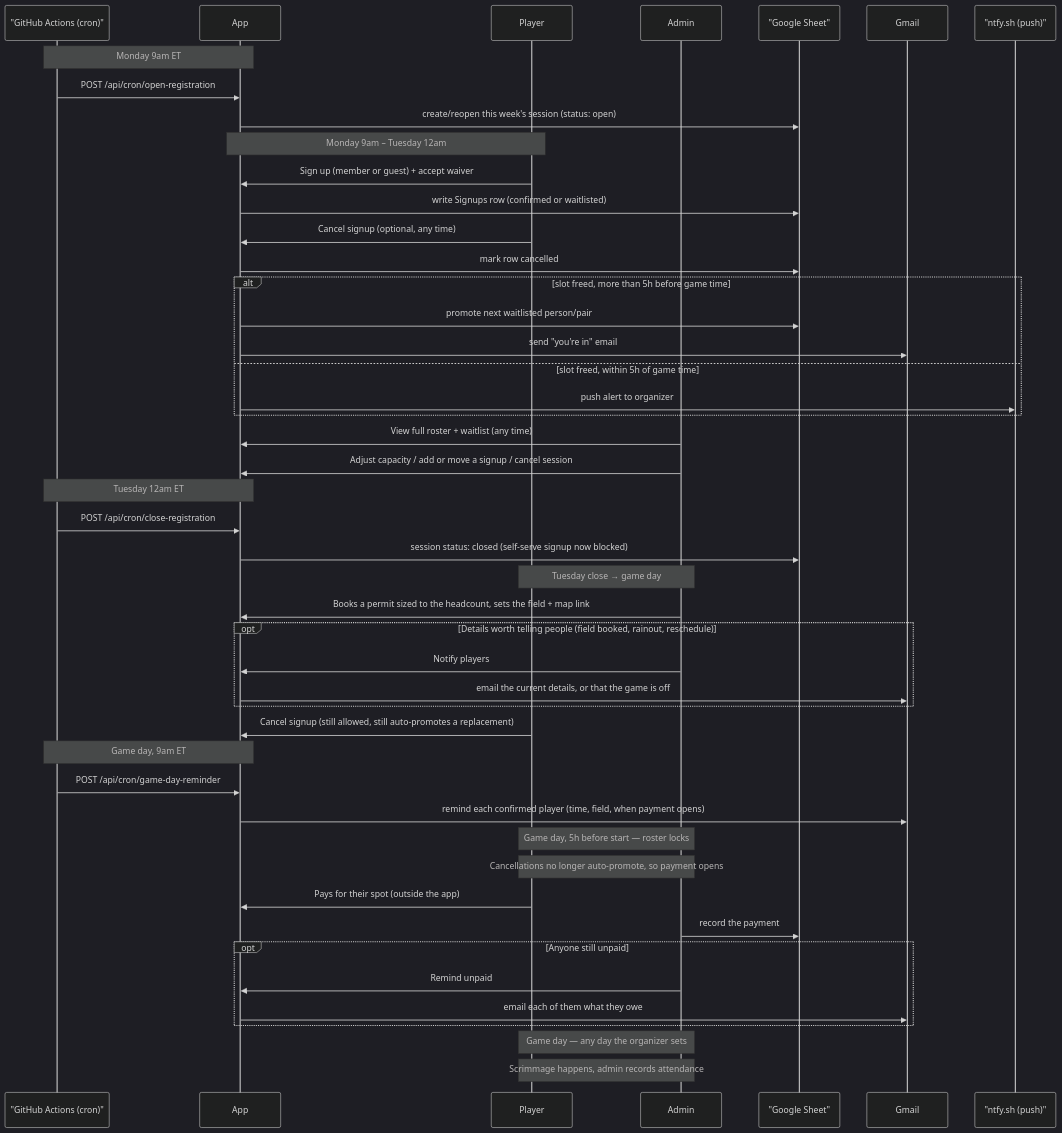
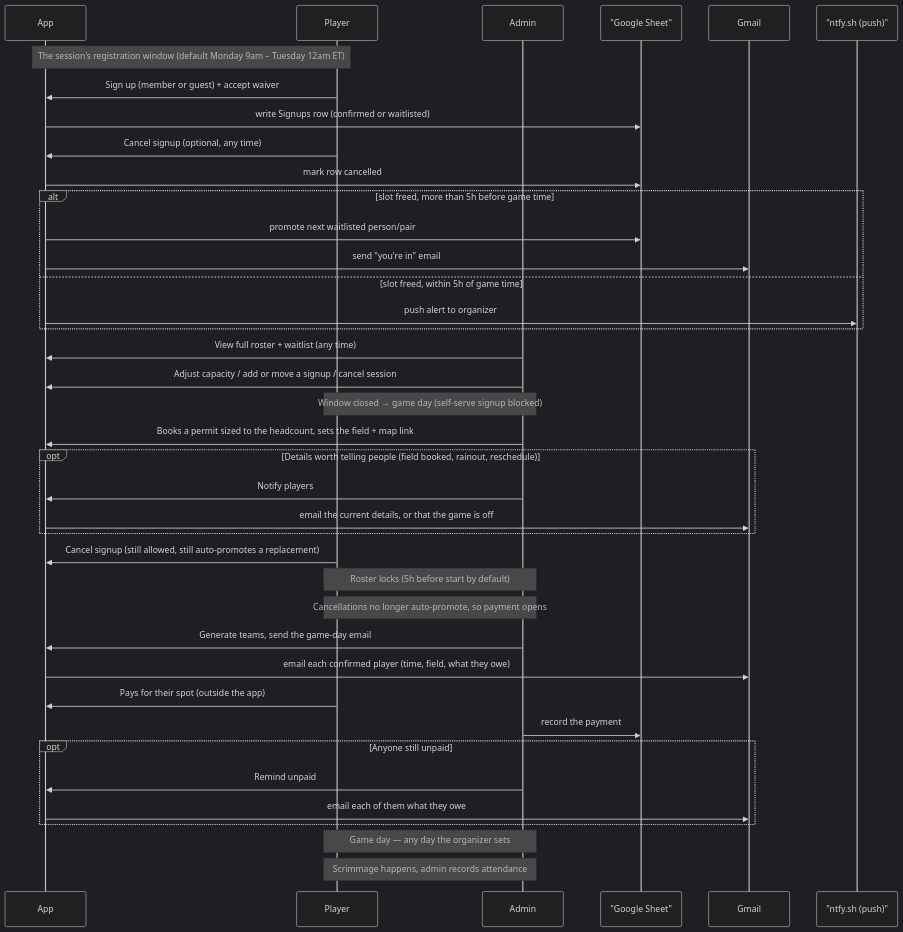
Before and after one commit to jhwchung99/weekly-softball-scrimmage: the diagram in README.md, drawn with Mermaid (dark theme). The commit also changed other lines of this file and 33 other files, not shown here.

````diff
--- a/README.md
+++ b/README.md
@@ -45,57 +45,46 @@
 ```mermaid
 sequenceDiagram
-    participant Cron as "GitHub Actions (cron)"
     participant App
     participant Player
     participant Admin
     participant Sheet as "Google Sheet"
     participant Gmail
     participant Ntfy as "ntfy.sh (push)"
 
-    Note over Cron,App: Monday 9am ET
-    Cron->>App: POST /api/cron/open-registration
-    App->>Sheet: create/reopen this week's session (status: open)
-
-    Note over Player,App: Monday 9am – Tuesday 12am
+    Note over Player,App: The session's registration window (default Monday 9am – Tuesday 12am ET)
     Player->>App: Sign up (member or guest) + accept waiver
     App->>Sheet: write Signups row (confirmed or waitlisted)
     Player->>App: Cancel signup (optional, any time)
     App->>Sheet: mark row cancelled
     alt slot freed, more than 5h before game time
         App->>Sheet: promote next waitlisted person/pair
         App->>Gmail: send "you're in" email
     else slot freed, within 5h of game time
         App->>Ntfy: push alert to organizer
     end
 
     Admin->>App: View full roster + waitlist (any time)
     Admin->>App: Adjust capacity / add or move a signup / cancel session
 
-    Note over Cron,App: Tuesday 12am ET
-    Cron->>App: POST /api/cron/close-registration
-    App->>Sheet: session status: closed (self-serve signup now blocked)
-
-    Note over Player,Admin: Tuesday close → game day
+    Note over Player,Admin: Window closed → game day (self-serve signup blocked)
     Admin->>App: Books a permit sized to the headcount, sets the field + map link
     opt Details worth telling people (field booked, rainout, reschedule)
         Admin->>App: Notify players
         App->>Gmail: email the current details, or that the game is off
     end
     Player->>App: Cancel signup (still allowed, still auto-promotes a replacement)
 
-    Note over Cron,App: Game day, 9am ET
-    Cron->>App: POST /api/cron/game-day-reminder
-    App->>Gmail: remind each confirmed player (time, field, when payment opens)
-
-    Note over Player,Admin: Game day, 5h before start — roster locks
+    Note over Player,Admin: Roster locks (5h before start by default)
     Note over Player,Admin: Cancellations no longer auto-promote, so payment opens
+    Admin->>App: Generate teams, send the game-day email
+    App->>Gmail: email each confirmed player (time, field, what they owe)
     Player->>App: Pays for their spot (outside the app)
     Admin->>Sheet: record the payment
     opt Anyone still unpaid
         Admin->>App: Remind unpaid
         App->>Gmail: email each of them what they owe
     end
 
     Note over Player,Admin: Game day — any day the organizer sets
     Note over Player,Admin: Scrimmage happens, admin records attendance
 ```
````
